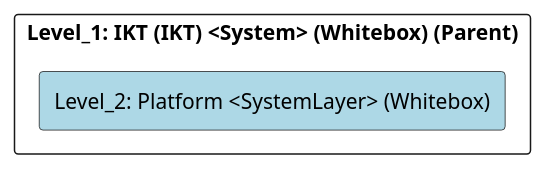
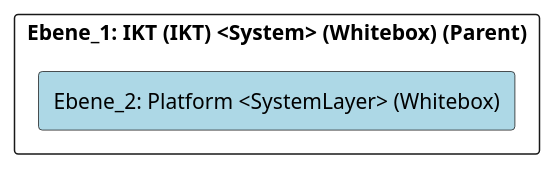
The diagram in src/cleon.architecturemethods.arc42.sample/doc/cleon_architecturemethods_arc42_sample_system/adoc/de/05_bausteinsicht/ikt/platform/ebene_2_platform.adoc (marcozwyssig/cleon), drawn with PlantUML before and after one commit. The commit also changed other lines of this file and 214 other files, not shown here.

```diff
--- a/src/cleon.architecturemethods.arc42.sample/doc/cleon_architecturemethods_arc42_sample_system/adoc/de/05_bausteinsicht/ikt/platform/ebene_2_platform.adoc
+++ b/src/cleon.architecturemethods.arc42.sample/doc/cleon_architecturemethods_arc42_sample_system/adoc/de/05_bausteinsicht/ikt/platform/ebene_2_platform.adoc
@@ -20,24 +20,24 @@
-[plantuml, Level_2: Platform <SystemLayer> (Whitebox)BlockOverview, format="svg"]
+[plantuml, Ebene_2: Platform <SystemLayer> (Whitebox)BlockOverview, format="svg"]
 ----
-@startuml Level_2: Platform <SystemLayer> (Whitebox)BuildingBlockOverview
+@startuml Ebene_2: Platform <SystemLayer> (Whitebox)BuildingBlockOverview
 
 skinparam ranksep 10
 skinparam componentStyle rectangle
 skinparam shadowing false
 skinparam arrowColor lightblue
 skinparam arrowThickness 1.2
 skinparam rectangle {
   BackgroundColor White
   BorderColor #333
   RoundCorner 10
 }
 top to bottom direction
 
-component "Level_1: IKT (IKT) <System> (Whitebox) (Parent)" {
-    component "Level_2: Platform <SystemLayer> (Whitebox)" #lightblue {
+component "Ebene_1: IKT (IKT) <System> (Whitebox) (Parent)" {
+    component "Ebene_2: Platform <SystemLayer> (Whitebox)" #lightblue {
     }
 
 }
 
 @enduml
 ----
```
